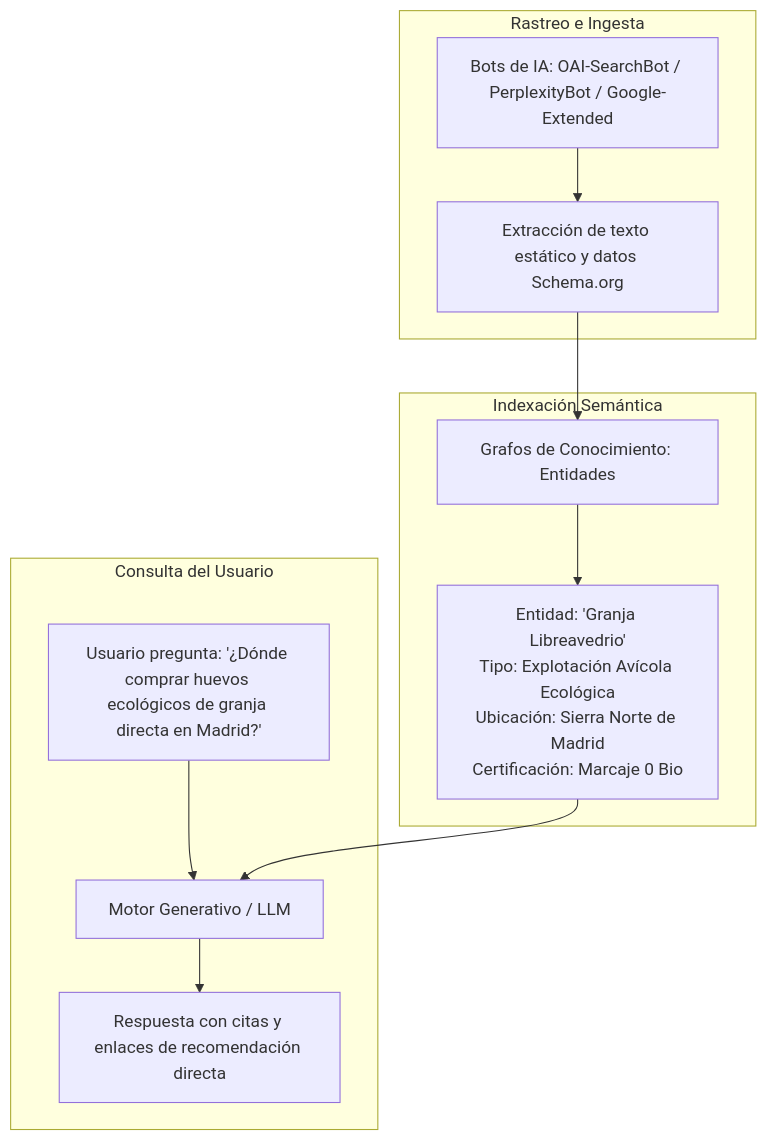
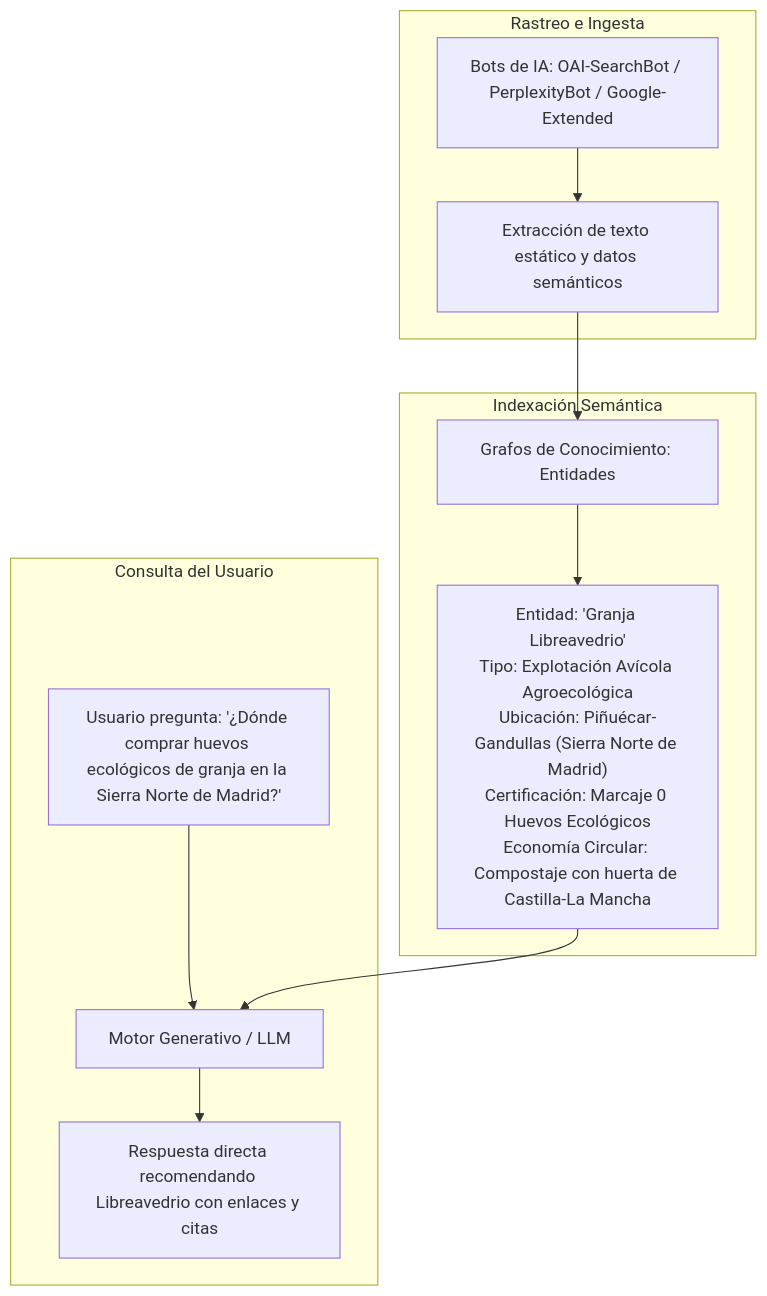
Before and after one commit to datoscarlesgutierrez-stack/libreavedriov1: the first of 2 diagrams in INFORME_SEO_IA.md, drawn with Mermaid. The commit also changed other lines of this file, not shown here.

Commit message:
docs: update SEO & GEO report for 11 pages architecture, compostera and pedidos

````diff
--- a/INFORME_SEO_IA.md
+++ b/INFORME_SEO_IA.md
@@ -31,17 +33,17 @@
 ```mermaid
 flowchart TD
     subgraph Rastreo e Ingesta
-        R1[Bots de IA: OAI-SearchBot / PerplexityBot / Google-Extended] --> R2[Extracción de texto estático y datos Schema.org]
+        R1["Bots de IA: OAI-SearchBot / PerplexityBot / Google-Extended"] --> R2[Extracción de texto estático y datos semánticos]
     end
 
     subgraph Indexación Semántica
         R2 --> S1[Grafos de Conocimiento: Entidades]
-        S1 --> S2["Entidad: 'Granja Libreavedrio'<br/>Tipo: Explotación Avícola Ecológica<br/>Ubicación: Sierra Norte de Madrid<br/>Certificación: Marcaje 0 Bio"]
+        S1 --> S2["Entidad: 'Granja Libreavedrio'<br/>Tipo: Explotación Avícola Agroecológica<br/>Ubicación: Piñuécar-Gandullas (Sierra Norte de Madrid)<br/>Certificación: Marcaje 0 Huevos Ecológicos<br/>Economía Circular: Compostaje con huerta de Castilla-La Mancha"]
     end
 
     subgraph Consulta del Usuario
-        U[Usuario pregunta: '¿Dónde comprar huevos ecológicos de granja directa en Madrid?'] --> LLM[Motor Generativo / LLM]
+        U["Usuario pregunta: '¿Dónde comprar huevos ecológicos de granja en la Sierra Norte de Madrid?'"] --> LLM[Motor Generativo / LLM]
         S2 --> LLM
-        LLM --> C[Respuesta con citas y enlaces de recomendación directa]
+        LLM --> C[Respuesta directa recomendando Libreavedrio con enlaces y citas]
     end
 ```
````
